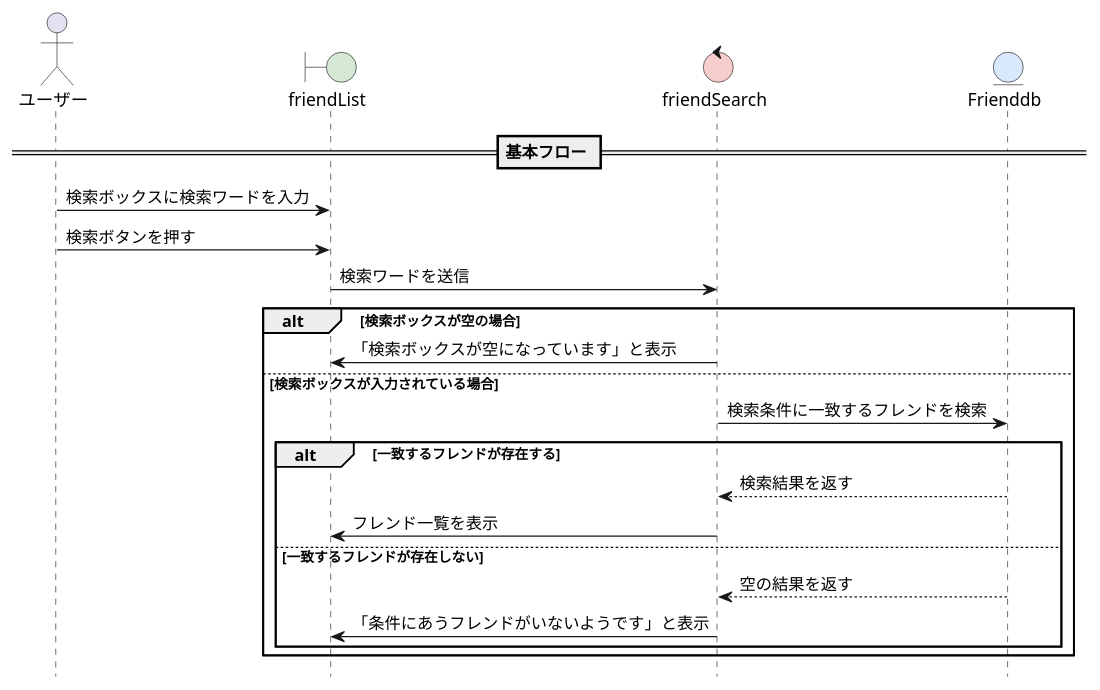
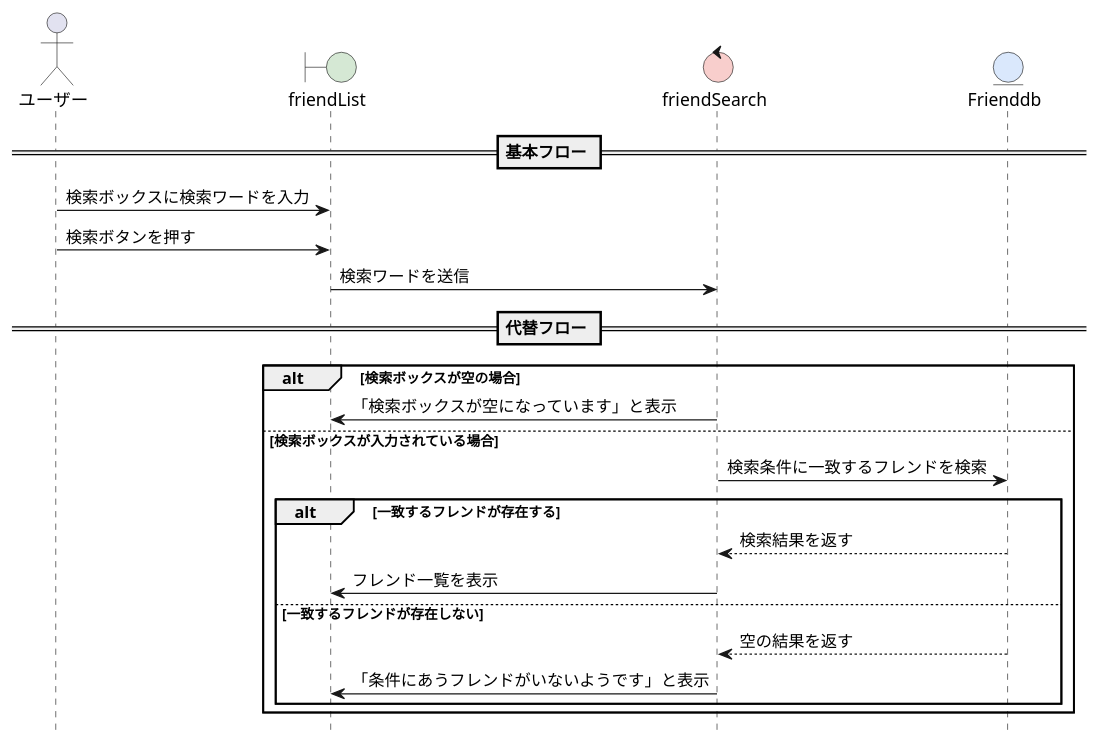
Before and after one commit to sugimoto0804/o-hara_uml: the diagram in group/graduation_work/sequence01_friend_search.pu, drawn with PlantUML.

```diff
--- a/group/graduation_work/sequence01_friend_search.pu
+++ b/group/graduation_work/sequence01_friend_search.pu
@@ -1,30 +1,33 @@
 @startuml フレンド検索シーケンス図
 hide footbox
 skinparam boundaryBackgroundColor #D5E8D4
 skinparam controlBackgroundColor  #F8CECC
 skinparam entityBackgroundColor   #DAE8FC
 
 actor ユーザー
 boundary "friendList" as fl
 control "friendSearch" as fs
 entity "Frienddb" as db
 
 == 基本フロー ==
+
 ユーザー -> fl: 検索ボックスに検索ワードを入力
 ユーザー -> fl: 検索ボタンを押す
 fl -> fs: 検索ワードを送信
+
+== 代替フロー ==
 
 alt 検索ボックスが空の場合
     fs -> fl: 「検索ボックスが空になっています」と表示
 else 検索ボックスが入力されている場合
     fs -> db: 検索条件に一致するフレンドを検索
     alt 一致するフレンドが存在する
         db --> fs: 検索結果を返す
         fs -> fl: フレンド一覧を表示
     else 一致するフレンドが存在しない
         db --> fs: 空の結果を返す
         fs -> fl: 「条件にあうフレンドがいないようです」と表示
     end
 end
 
 @enduml
```
